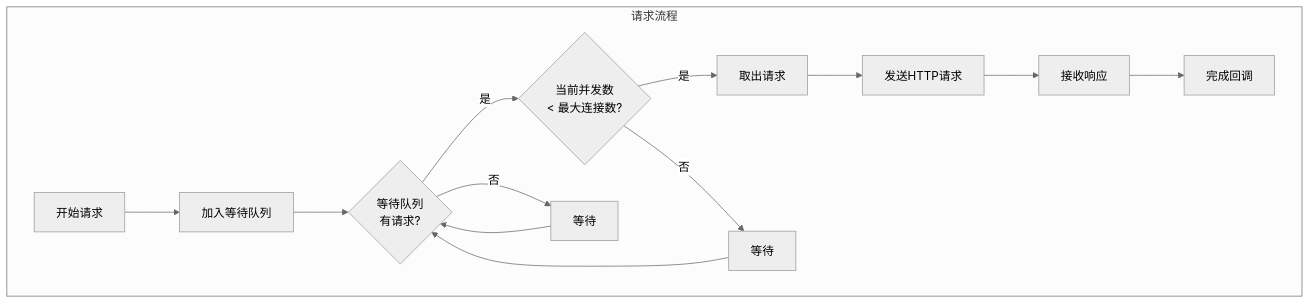
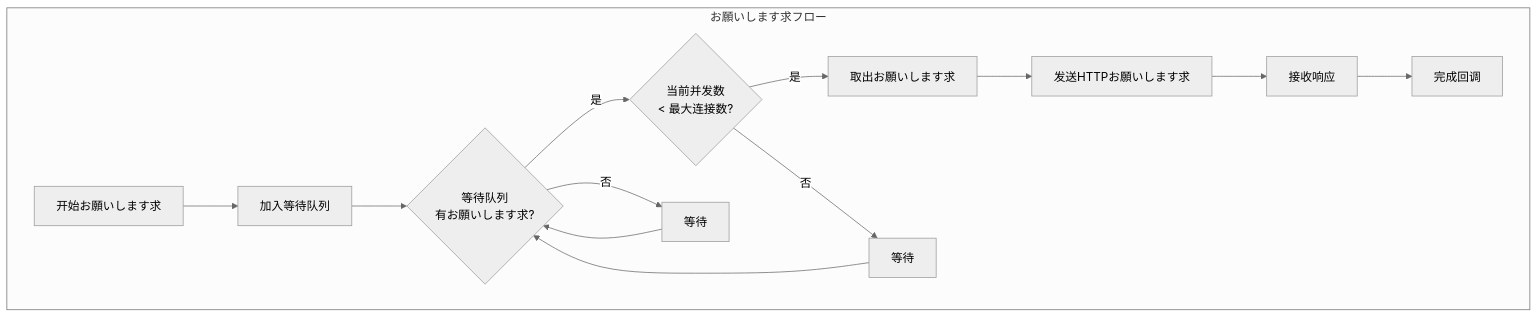
Before and after one commit to AlianBlank/GameFrameX.Docs: the second of 3 diagrams in docs/ja/client/unity/component/web-protobuff/04.features.md, drawn with Mermaid (neutral theme). The commit also changed other lines of this file and 603 other files, not shown here.

````diff
--- a/docs/ja/client/unity/component/web-protobuff/04.features.md
+++ b/docs/ja/client/unity/component/web-protobuff/04.features.md
@@ -132,16 +132,16 @@
 ```mermaid
 flowchart TD
-    subgraph RequestFlow["请求流程"]
-        Start[开始请求] --> Enqueue[加入等待队列]
-        Enqueue --> Check{等待队列\n有请求?}
+    subgraph RequestFlow["お願いします求フロー"]
+        Start[开始お願いします求] --> Enqueue[加入等待队列]
+        Enqueue --> Check{等待队列\n有お願いします求?}
         Check -->|是| CheckLimit{当前并发数\n< 最大连接数?}
-        CheckLimit -->|是| Dequeue[取出请求]
+        CheckLimit -->|是| Dequeue[取出お願いします求]
         CheckLimit -->|否| Wait[等待]
-        Dequeue --> Send[发送HTTP请求]
+        Dequeue --> Send[发送HTTPお願いします求]
         Send --> Response[接收响应]
         Response --> Complete[完成回调]
         Check -->|否| Wait2[等待]
         Wait --> Check
         Wait2 --> Check
     end
 ```
````
